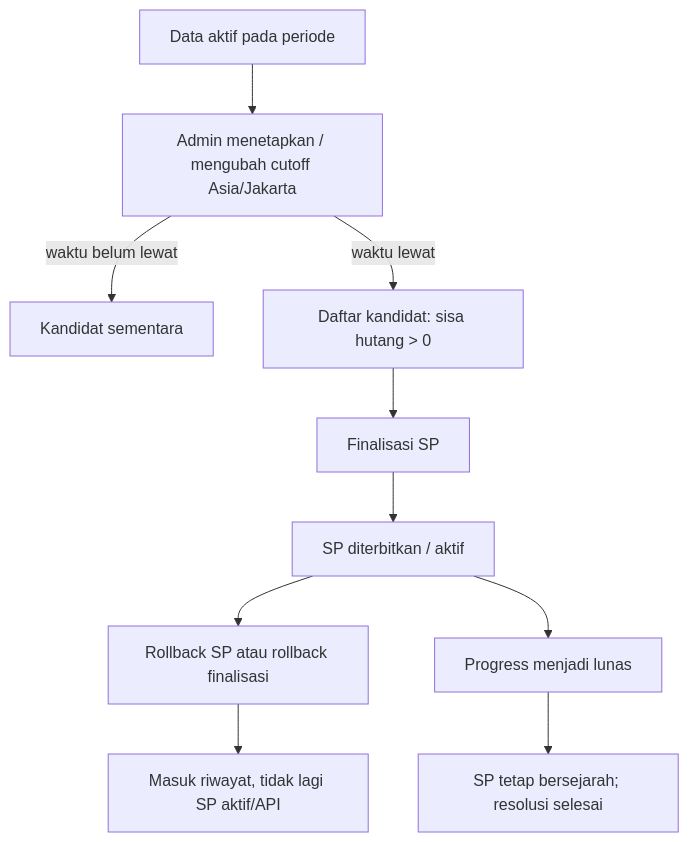
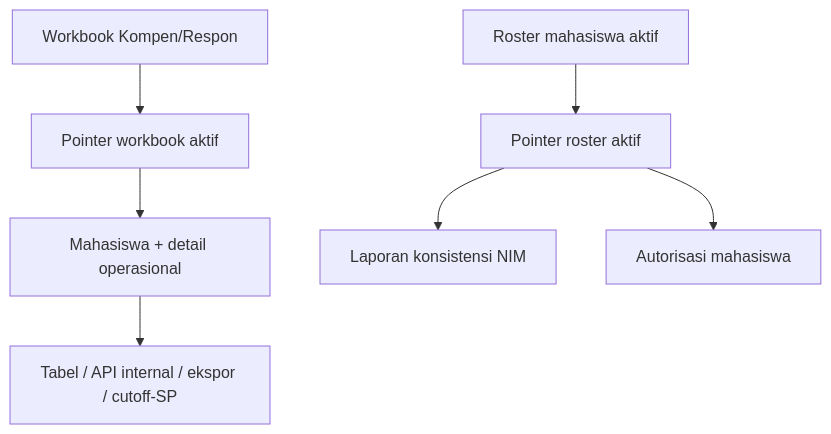
Before and after one commit to khairuonwork/sikompen_ae: the second of 2 diagrams in docs/system-logic.md, drawn with Mermaid. The commit also changed other lines of this file and 15 other files, not shown here.

````diff
--- a/docs/system-logic.md
+++ b/docs/system-logic.md
@@ -95,12 +24,9 @@
 ```mermaid
 flowchart TD
-    P[Data aktif pada periode] --> D[Admin menetapkan / mengubah cutoff Asia/Jakarta]
-    D -->|waktu belum lewat| T[Kandidat sementara]
-    D -->|waktu lewat| K[Daftar kandidat: sisa hutang > 0]
-    K --> F[Finalisasi SP]
-    F --> S[SP diterbitkan / aktif]
-    S --> R[Rollback SP atau rollback finalisasi]
-    R --> H[Masuk riwayat, tidak lagi SP aktif/API]
-    S --> C[Progress menjadi lunas]
-    C --> L[SP tetap bersejarah; resolusi selesai]
+    R[Roster mahasiswa aktif] --> AR[Pointer roster aktif]
+    W[Workbook Kompen/Respon] --> AW[Pointer workbook aktif]
+    AW --> O[Mahasiswa + detail operasional]
+    O --> T[Tabel / API internal / ekspor / cutoff-SP]
+    AR --> C[Laporan konsistensi NIM]
+    AR --> SA[Autorisasi mahasiswa]
 ```
````
